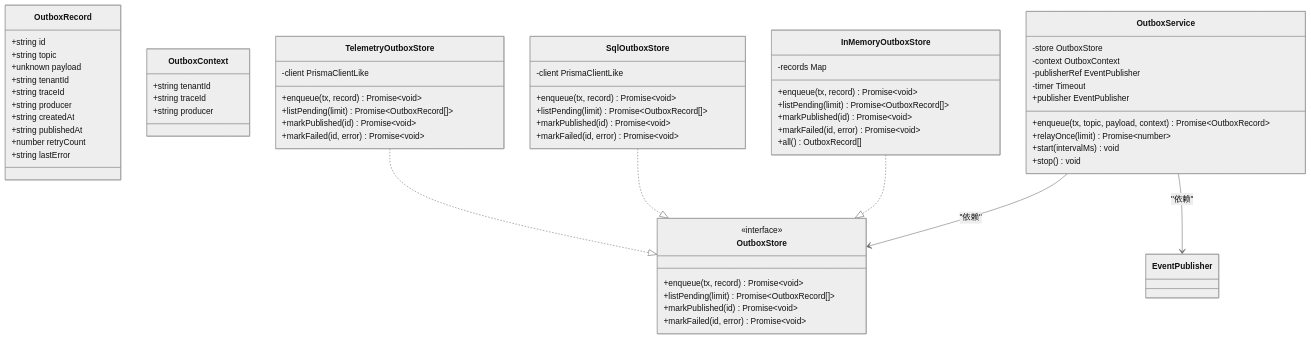
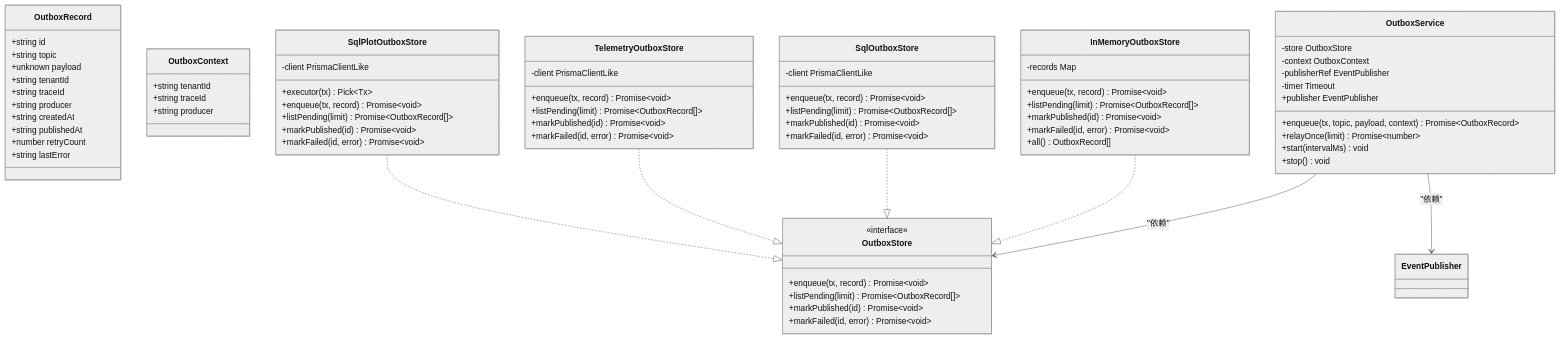
One commit to q446328246/agri-platform changed the fourth of 5 diagrams in .qoder/repowiki/zh/content/架构设计/事件驱动架构/本地消息表模式.md. Above: the diagram before and after it, drawn with Mermaid (neutral theme). The commit also changed other lines of this file and 52 other files, not shown here.

````diff
--- a/.qoder/repowiki/zh/content/架构设计/事件驱动架构/本地消息表模式.md
+++ b/.qoder/repowiki/zh/content/架构设计/事件驱动架构/本地消息表模式.md
@@ -232,65 +284,74 @@
 ```mermaid
 classDiagram
 class OutboxRecord {
 +string id
 +string topic
 +unknown payload
 +string tenantId
 +string traceId
 +string producer
 +string createdAt
 +string publishedAt
 +number retryCount
 +string lastError
 }
 class OutboxStore {
 <<interface>>
 +enqueue(tx, record) Promise~void~
 +listPending(limit) Promise~OutboxRecord[]~
 +markPublished(id) Promise~void~
 +markFailed(id, error) Promise~void~
 }
 class OutboxContext {
 +string tenantId
 +string traceId
 +string producer
 }
 class OutboxService {
 -store OutboxStore
 -context OutboxContext
 -publisherRef EventPublisher
 -timer Timeout
 +enqueue(tx, topic, payload, context) Promise~OutboxRecord~
 +relayOnce(limit) Promise~number~
 +start(intervalMs) void
 +stop() void
 +publisher EventPublisher
 }
 class InMemoryOutboxStore {
 -records Map
 +enqueue(tx, record) Promise~void~
 +listPending(limit) Promise~OutboxRecord[]~
 +markPublished(id) Promise~void~
 +markFailed(id, error) Promise~void~
 +all() OutboxRecord[]
 }
 class SqlOutboxStore {
 -client PrismaClientLike
 +enqueue(tx, record) Promise~void~
 +listPending(limit) Promise~OutboxRecord[]~
 +markPublished(id) Promise~void~
 +markFailed(id, error) Promise~void~
 }
 class TelemetryOutboxStore {
 -client PrismaClientLike
 +enqueue(tx, record) Promise~void~
 +listPending(limit) Promise~OutboxRecord[]~
 +markPublished(id) Promise~void~
 +markFailed(id, error) Promise~void~
 }
+class SqlPlotOutboxStore {
+-client PrismaClientLike
++executor(tx) Pick~Tx~
++enqueue(tx, record) Promise~void~
++listPending(limit) Promise~OutboxRecord[]~
++markPublished(id) Promise~void~
++markFailed(id, error) Promise~void~
+}
 OutboxService --> OutboxStore : "依赖"
 OutboxService --> EventPublisher : "依赖"
 InMemoryOutboxStore ..|> OutboxStore
 SqlOutboxStore ..|> OutboxStore
 TelemetryOutboxStore ..|> OutboxStore
+SqlPlotOutboxStore ..|> OutboxStore
 ```
````
